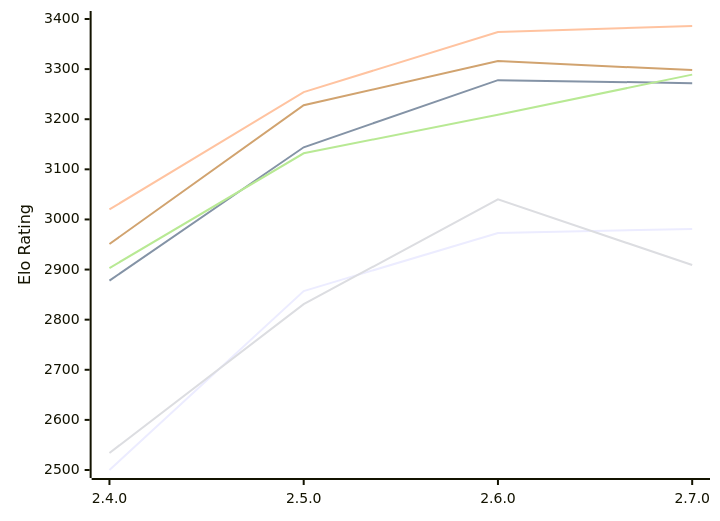
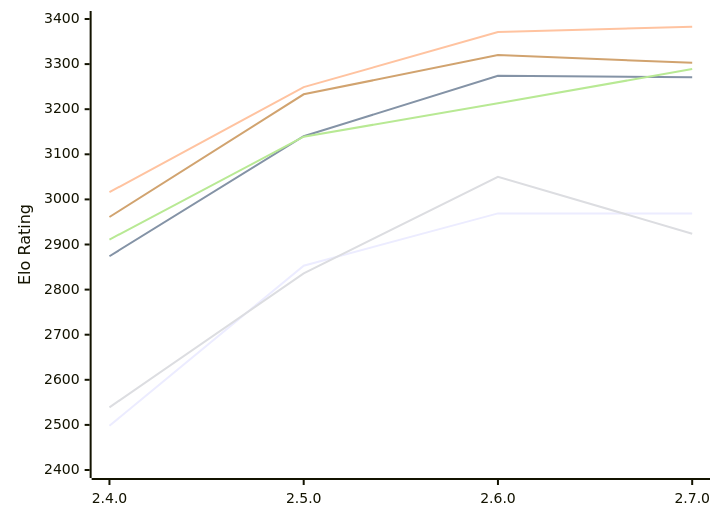
One commit to computer-chess-index/cci changed the diagram in engines/Rarog.md. Above: the diagram before and after it, drawn with Mermaid. The commit also changed other lines of this file, not shown here.

Commit message:
Update CCI Ratings (ELO VLTC) - 2026-11-21

````diff
--- a/engines/Rarog.md
+++ b/engines/Rarog.md
@@ -53,12 +53,12 @@
 ```mermaid
 %%{init: {"theme":"base","themeVariables":{"seriesColors:['#a3a3a3','#222221','#faa371']}}}%%
 xychart-beta
   x-axis ["2.4.0", "2.5.0", "2.6.0", "2.7.0"]
-  y-axis "Elo Rating" 2500 --> 3400
-  line "E1: STC (8.0+0.08s)" [2500, 2857, 2973, 2981]
-  line "E1: LTC (60.0+0.60s)" [2878, 3144, 3278, 3272]
-  line "E1: VLTC (2m24s+1.12s)" [3020, 3254, 3374, 3386]
-  line "P1: STC (8.0+0.08s)" [2534, 2831, 3040, 2909]
-  line "P1: LTC (60.0+0.60s)" [2903, 3132, 3209, 3289]
-  line "P1: VLTC (2m24s+1.12s)" [2951, 3228, 3316, 3298]
+  y-axis "Elo Rating" 2400 --> 3400
+  line "E1: STC (8.0+0.08s)" [2498, 2853, 2969, 2969]
+  line "E1: LTC (60.0+0.60s)" [2874, 3140, 3274, 3271]
+  line "E1: VLTC (2m24s+1.12s)" [3016, 3249, 3371, 3383]
+  line "P1: STC (8.0+0.08s)" [2539, 2836, 3050, 2924]
+  line "P1: LTC (60.0+0.60s)" [2911, 3139, 3213, 3289]
+  line "P1: VLTC (2m24s+1.12s)" [2961, 3233, 3320, 3303]
 ```
````
